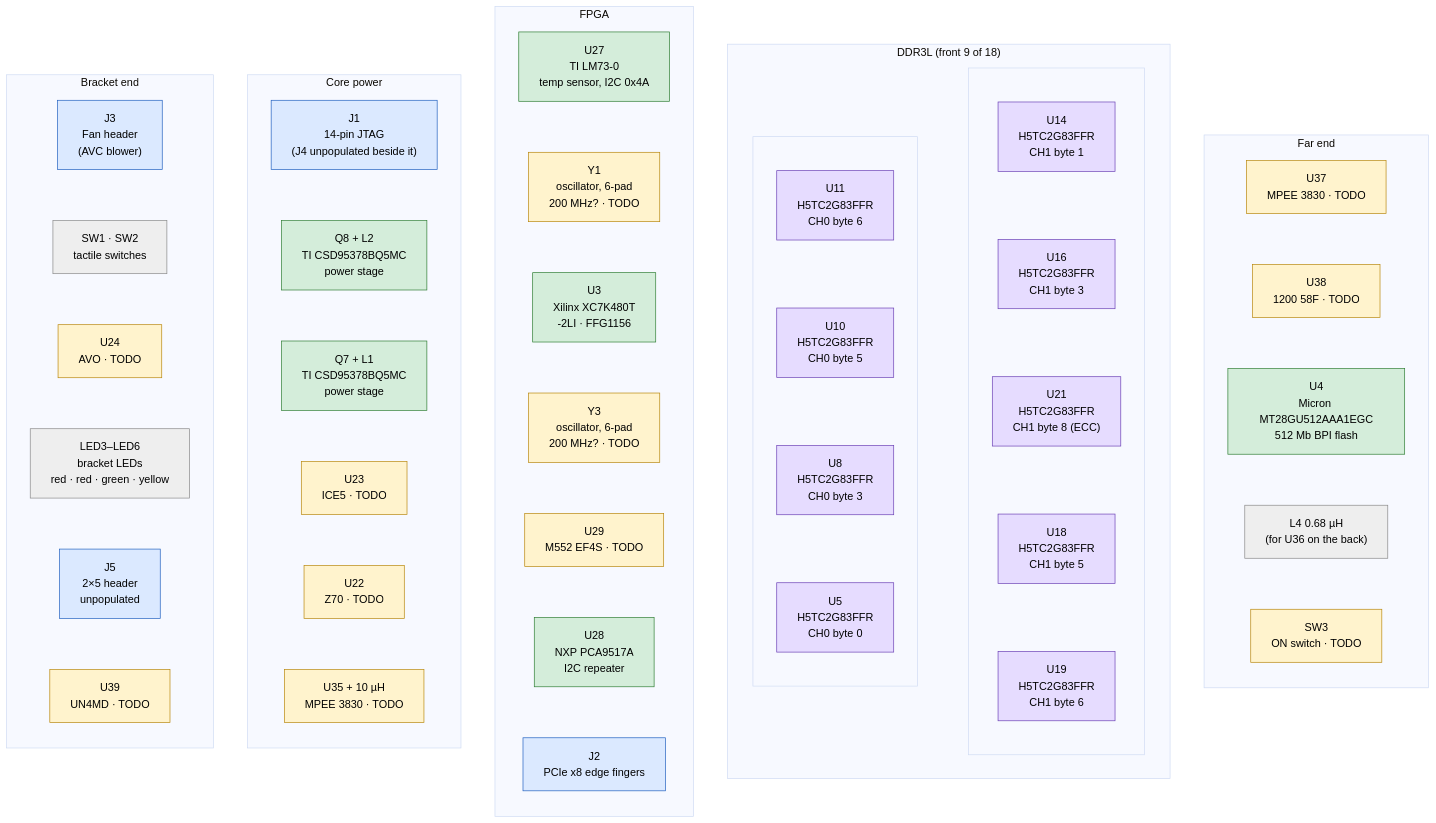
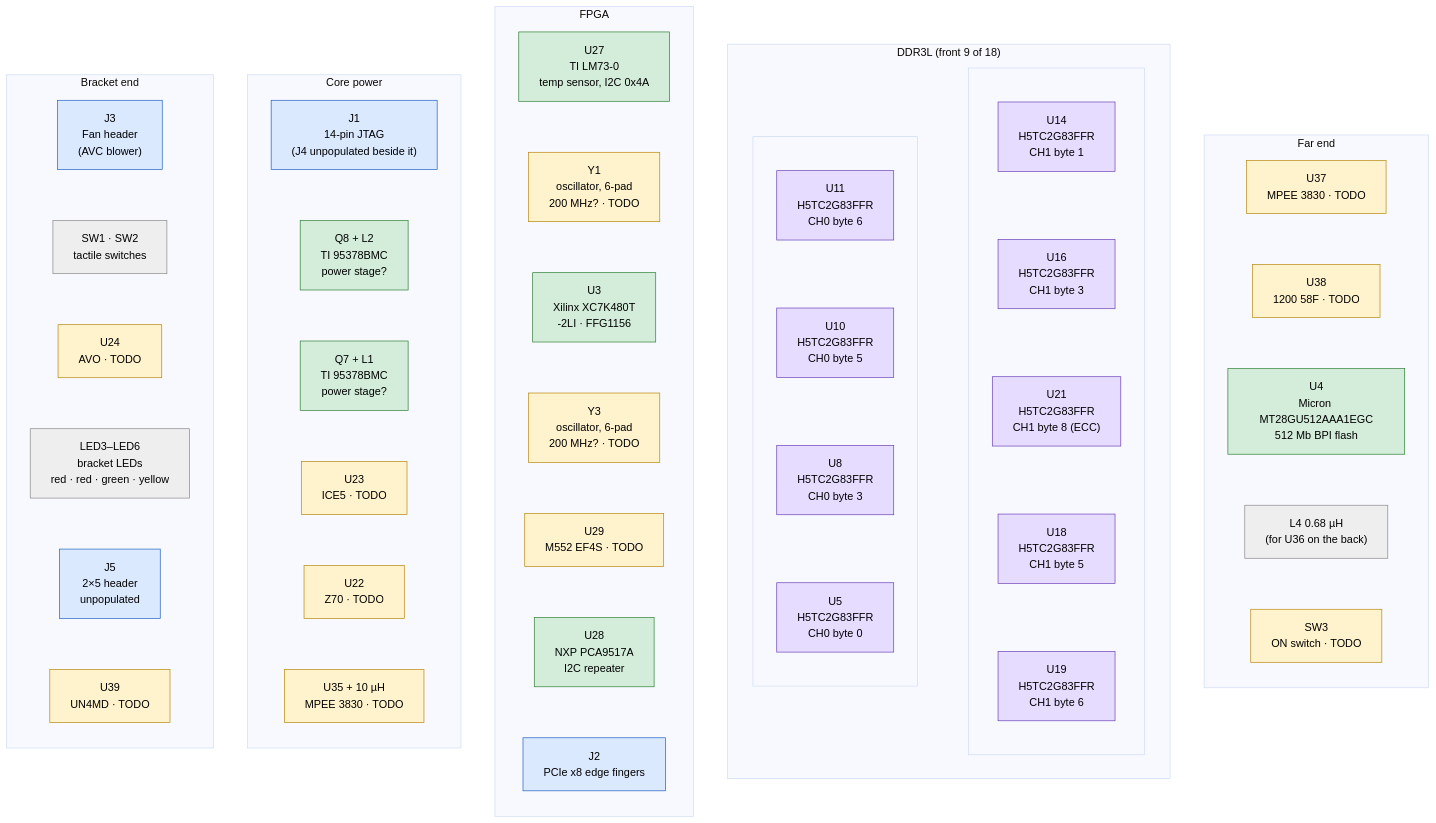
The first of 3 diagrams in boards/DU-PCB-001-003/README.md (salehjg/my-fpga-ws), drawn with Mermaid (base theme) before and after one commit. The commit also changed other lines of this file and 1 other file, not shown here.

````diff
--- a/boards/DU-PCB-001-003/README.md
+++ b/boards/DU-PCB-001-003/README.md
@@ -71,81 +97,81 @@
 ```mermaid
 flowchart LR
   subgraph F1["Bracket end"]
     direction TB
     J3["J3<br/>Fan header<br/>(AVC blower)"]
     SW12["SW1 · SW2<br/>tactile switches"]
     U24["U24<br/>AVO · TODO"]
     LEDS["LED3–LED6<br/>bracket LEDs<br/>red · red · green · yellow"]
     J5["J5<br/>2×5 header<br/>unpopulated"]
     U39["U39<br/>UN4MD · TODO"]
     J3 ~~~ SW12 ~~~ U24 ~~~ LEDS ~~~ J5 ~~~ U39
   end
 
   subgraph F2["Core power"]
     direction TB
     J1["J1<br/>14-pin JTAG<br/>(J4 unpopulated beside it)"]
-    Q8["Q8 + L2<br/>TI CSD95378BQ5MC<br/>power stage"]
-    Q7["Q7 + L1<br/>TI CSD95378BQ5MC<br/>power stage"]
+    Q8["Q8 + L2<br/>TI 95378BMC<br/>power stage?"]
+    Q7["Q7 + L1<br/>TI 95378BMC<br/>power stage?"]
     U23["U23<br/>ICE5 · TODO"]
     U22["U22<br/>Z70 · TODO"]
     U35["U35 + 10 µH<br/>MPEE 3830 · TODO"]
     J1 ~~~ Q8 ~~~ Q7 ~~~ U23 ~~~ U22 ~~~ U35
   end
 
   subgraph F3["FPGA"]
     direction TB
     U27["U27<br/>TI LM73-0<br/>temp sensor, I2C 0x4A"]
     Y1["Y1<br/>oscillator, 6-pad<br/>200 MHz? · TODO"]
     U3["U3<br/>Xilinx XC7K480T<br/>-2LI · FFG1156"]
     Y3["Y3<br/>oscillator, 6-pad<br/>200 MHz? · TODO"]
     U29["U29<br/>M552 EF4S · TODO"]
     U28["U28<br/>NXP PCA9517A<br/>I2C repeater"]
     J2["J2<br/>PCIe x8 edge fingers"]
     U27 ~~~ Y1 ~~~ U3 ~~~ Y3 ~~~ U29 ~~~ U28 ~~~ J2
   end
 
   subgraph F4["DDR3L (front 9 of 18)"]
     direction LR
     subgraph F4A[" "]
       direction TB
       U11["U11<br/>H5TC2G83FFR<br/>CH0 byte 6"]
       U10["U10<br/>H5TC2G83FFR<br/>CH0 byte 5"]
       U8["U8<br/>H5TC2G83FFR<br/>CH0 byte 3"]
       U5["U5<br/>H5TC2G83FFR<br/>CH0 byte 0"]
       U11 ~~~ U10 ~~~ U8 ~~~ U5
     end
     subgraph F4B[" "]
       direction TB
       U14["U14<br/>H5TC2G83FFR<br/>CH1 byte 1"]
       U16["U16<br/>H5TC2G83FFR<br/>CH1 byte 3"]
       U21["U21<br/>H5TC2G83FFR<br/>CH1 byte 8 (ECC)"]
       U18["U18<br/>H5TC2G83FFR<br/>CH1 byte 5"]
       U19["U19<br/>H5TC2G83FFR<br/>CH1 byte 6"]
       U14 ~~~ U16 ~~~ U21 ~~~ U18 ~~~ U19
     end
     F4A ~~~ F4B
   end
 
   subgraph F5["Far end"]
     direction TB
     U37["U37<br/>MPEE 3830 · TODO"]
     U38["U38<br/>1200 58F · TODO"]
     U4["U4<br/>Micron MT28GU512AAA1EGC<br/>512 Mb BPI flash"]
     L4["L4 0.68 µH<br/>(for U36 on the back)"]
     SW3["SW3<br/>ON switch · TODO"]
     U37 ~~~ U38 ~~~ U4 ~~~ L4 ~~~ SW3
   end
 
   F1 ~~~ F2 ~~~ F3 ~~~ F4 ~~~ F5
 
   classDef ok fill:#d4edda,stroke:#2e7d32,color:#000
   classDef mem fill:#e6dcff,stroke:#6a3fb5,color:#000
   classDef todo fill:#fff3cd,stroke:#b8860b,color:#000
   classDef conn fill:#dbe9ff,stroke:#1f5fbf,color:#000
   classDef misc fill:#eeeeee,stroke:#888,color:#000
   class U3,U4,U27,U28,Q7,Q8 ok
   class U5,U8,U10,U11,U14,U16,U18,U19,U21 mem
   class U22,U23,U24,U29,U35,U37,U38,U39,Y1,Y3,SW3 todo
   class J1,J2,J3,J5 conn
   class SW12,LEDS,L4 misc
 ```
````
